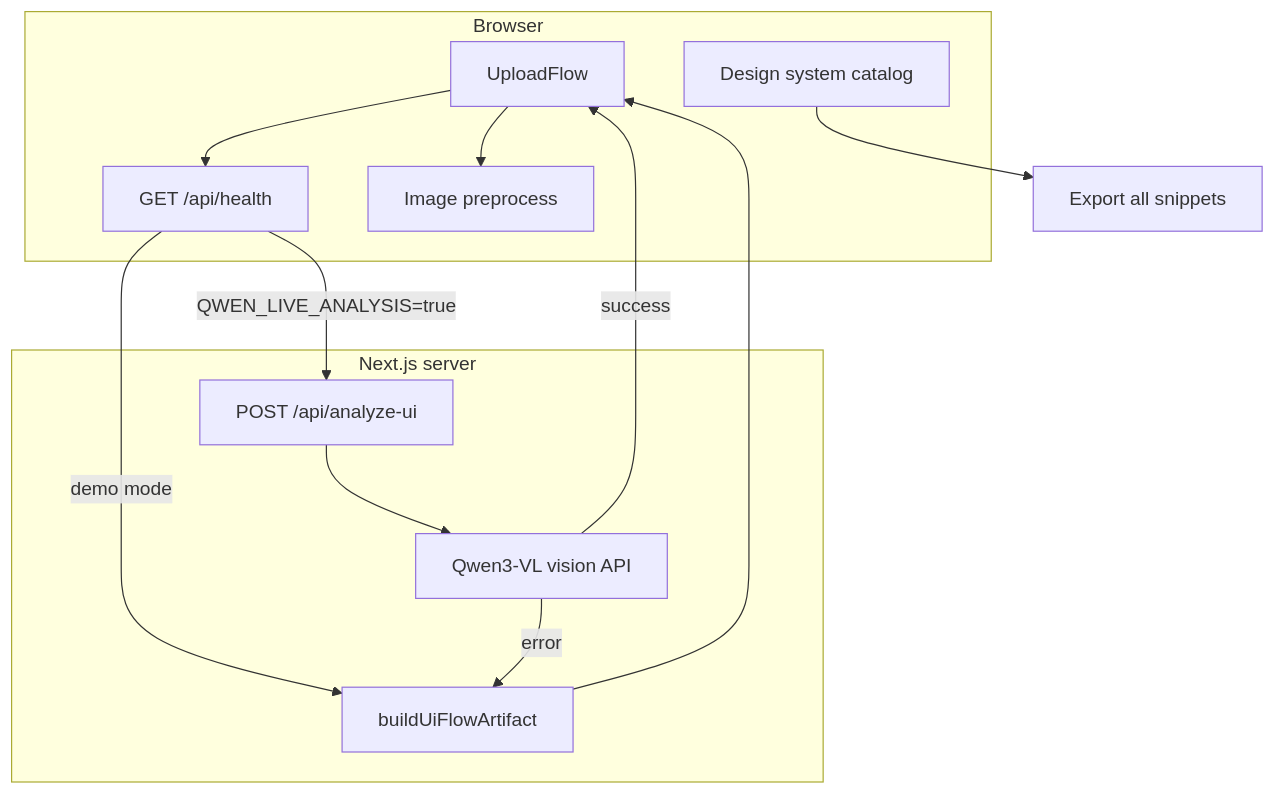
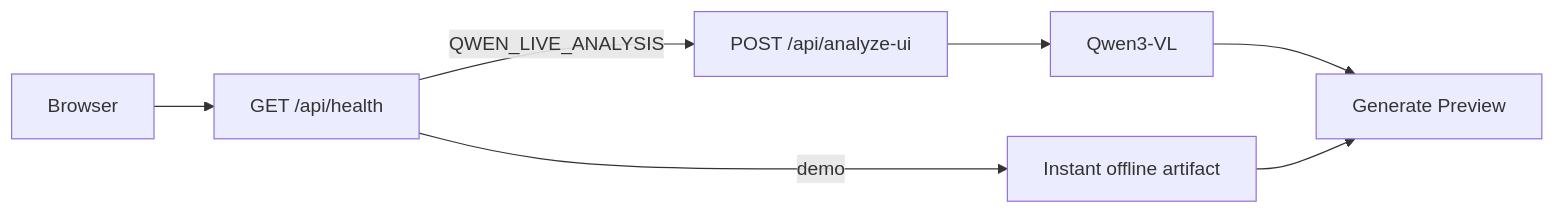
Before and after one commit to Iron-Mark/qwen-ui-lab: the diagram in README.md, drawn with Mermaid. The commit also changed other lines of this file, not shown here.

````diff
--- a/README.md
+++ b/README.md
@@ -30,25 +116,9 @@
 ```mermaid
-flowchart TB
-  subgraph client [Browser]
-    Upload[UploadFlow]
-    DS[Design system catalog]
-    HealthCheck["GET /api/health"]
-    Preprocess[Image preprocess]
-  end
-
-  subgraph server [Next.js server]
-    AnalyzeRoute["POST /api/analyze-ui"]
-    Qwen[Qwen3-VL vision API]
-    Fallback[buildUiFlowArtifact]
-  end
-
-  Upload --> Preprocess
-  Upload --> HealthCheck
-  HealthCheck -->|demo mode| Fallback
-  HealthCheck -->|QWEN_LIVE_ANALYSIS=true| AnalyzeRoute
-  AnalyzeRoute --> Qwen
-  Qwen -->|success| Upload
-  Qwen -->|error| Fallback
-  Fallback --> Upload
-  DS --> ExportBundle[Export all snippets]
+flowchart LR
+  Browser[Browser] --> Health["GET /api/health"]
+  Health -->|demo| Offline[Instant offline artifact]
+  Health -->|QWEN_LIVE_ANALYSIS| Analyze["POST /api/analyze-ui"]
+  Analyze --> Qwen[Qwen3-VL]
+  Qwen --> Preview[Generate Preview]
+  Offline --> Preview
 ```
````
